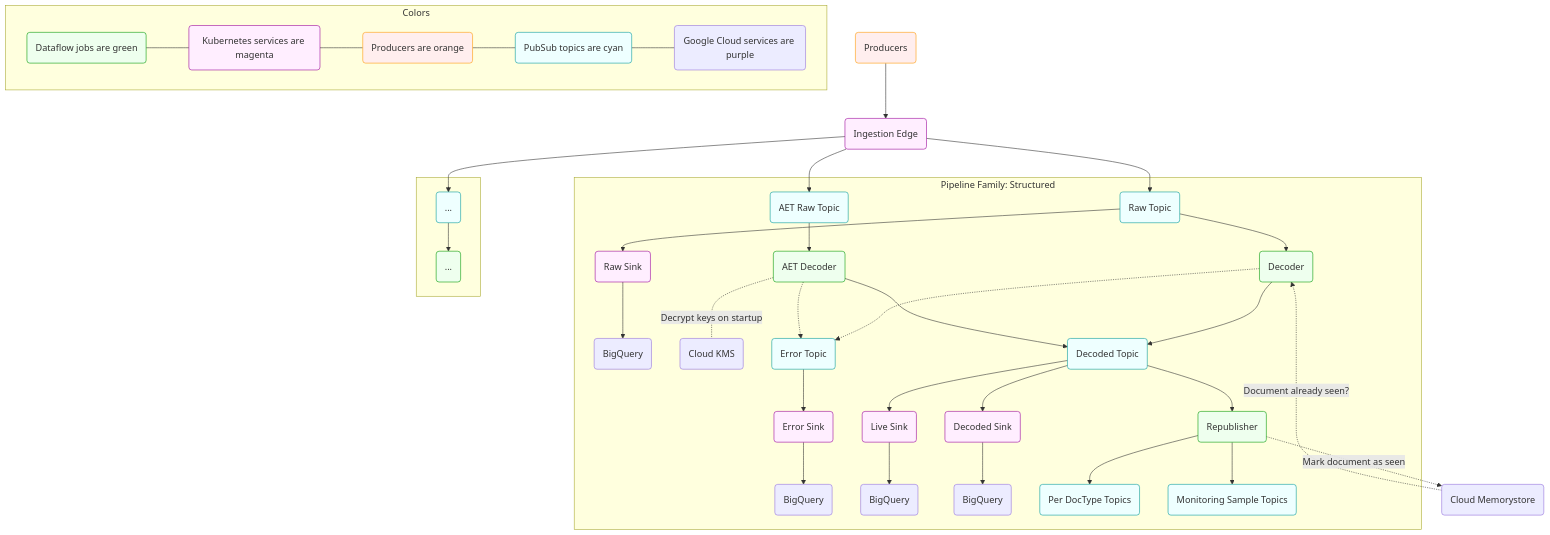
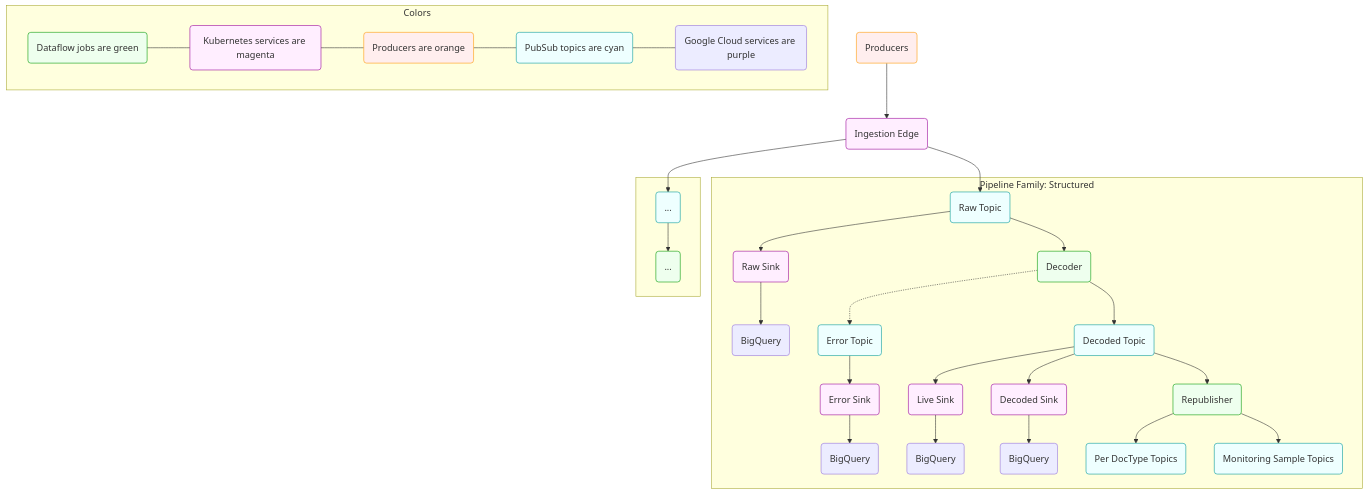
One commit to mozilla/gcp-ingestion changed the diagram in docs/architecture/diagram.mmd. Above: the diagram before and after it, drawn with Mermaid. The commit also changed 3 other files, not shown here.

First line of the commit message:
Remove Memorystore and AET from architecture overview

```diff
--- a/docs/architecture/diagram.mmd
+++ b/docs/architecture/diagram.mmd
@@ -1,64 +1,56 @@
 %% To install the mmdc command run:
 %%   npm install -g mermaid.cli
 %% To update this file run:
 %%   mmdc -i diagram.mmd -o diagram.svg
 %% Or use the docker wrapper in this repo (from the top-level directory):
 %%   ./bin/update-diagrams
 
 graph TD
 
 f1(Producers) --> k1(Ingestion Edge)
 k1 --> p1(Raw Topic)
-k1 --> p1aet(AET Raw Topic)
 k1 --> p99(...)
 
 subgraph Pipeline Family: Structured
     p1 --> k2(Raw Sink)
     k2 --> c1(BigQuery)
     p1 --> d2(Decoder)
-    p1aet --> d2aet(AET Decoder)
-    d2aet -. Decrypt keys on startup .- m2(Cloud KMS)
     d2 --> p2(Decoded Topic)
     d2 -.-> p2err(Error Topic)
     p2err --> d3err(Error Sink)
     d3err --> berr(BigQuery)
-    d2aet --> p2
-    d2aet -.-> p2err
     p2 --> d3(Live Sink)
     d3 --> b1(BigQuery)
     p2 --> k3(Decoded Sink)
     k3 --> c2(BigQuery)
     p2 --> d5(Republisher)
     d5 --> p5(Per DocType Topics)
     d5 --> p6(Monitoring Sample Topics)
 end
 
 subgraph .
    p99 --> d99(...)
 end
-
-d5 -. Mark document as seen .-> m1
-m1(Cloud Memorystore) -. Document already seen? .-> d2
 
 subgraph Colors
     d(Dataflow jobs are green)
     k(Kubernetes services are magenta)
     f(Producers are orange)
     p(PubSub topics are cyan)
     g(Google Cloud services are purple)
 
     %% connect them to make the key vertical
     d --- k
     k --- f
     f --- p
     p --- g
 end
 
 classDef cyan fill:#eff,stroke:#099;
 classDef green fill:#efe,stroke:#090;
 classDef magenta fill:#fef,stroke:#909;
 classDef orange fill:#fee,stroke:#f90;
 class p,p0,p1,p1aet,p2,p2err,p3,p4,p5,p6,p99 cyan
 class d,d0,d2,d2aet,d5,d99 green
 class k,k0,k1,k2,k3,d3,d3err magenta
 class f,f1 orange
```
